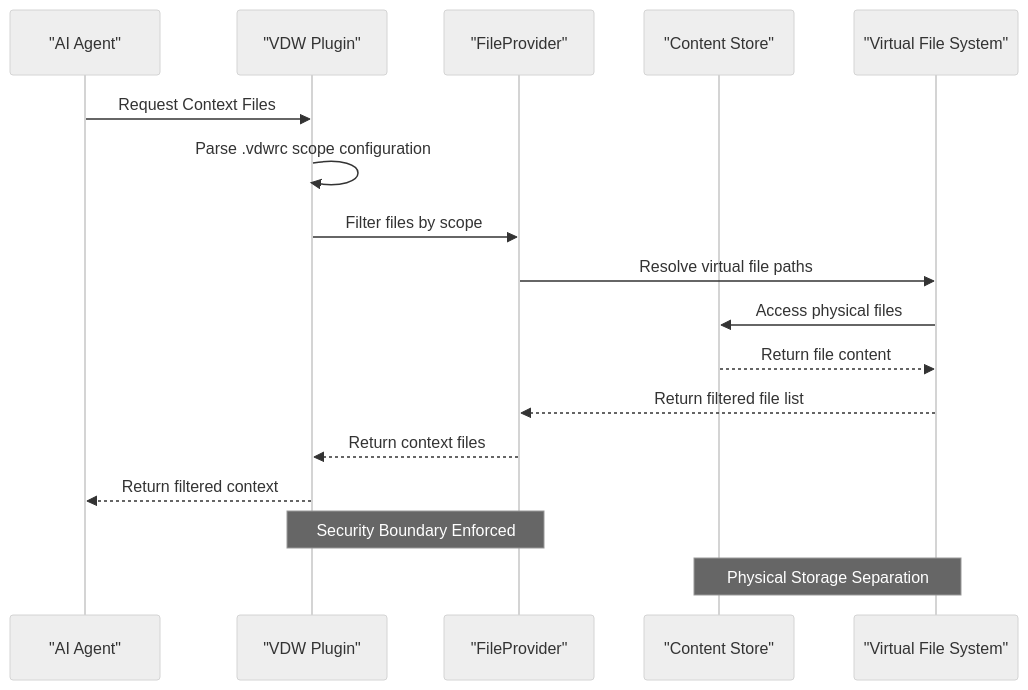
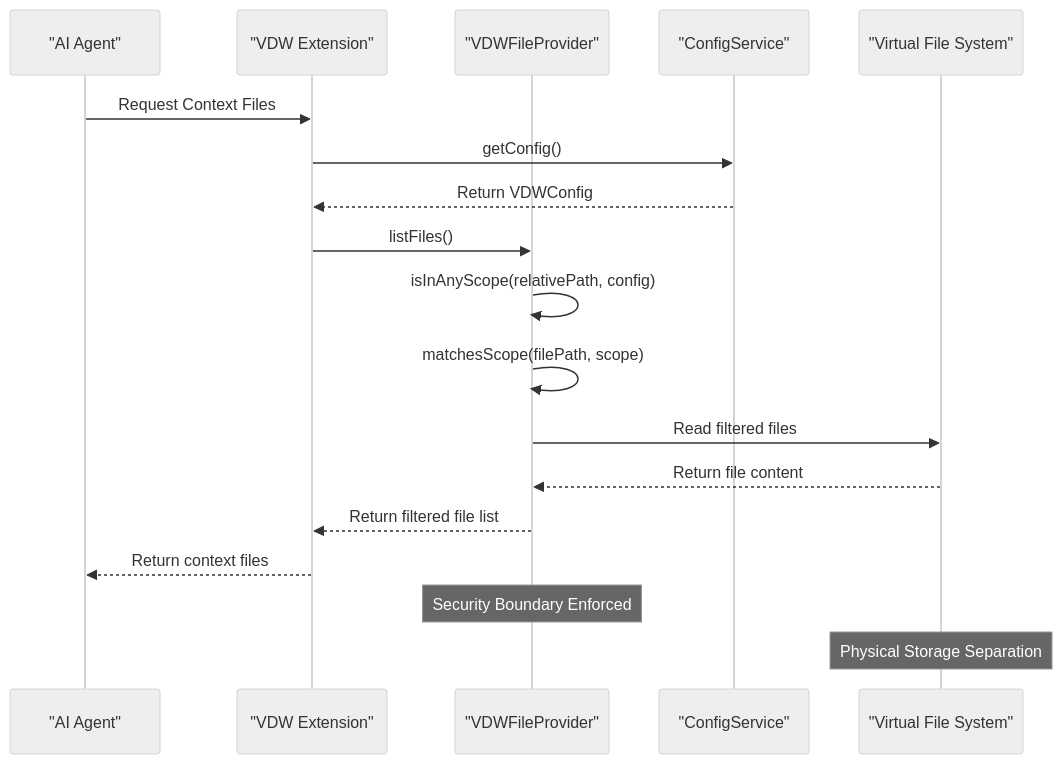
One commit to HWH-2019/vdw changed the fifth of 6 diagrams in .qoder/repowiki/en/content/Core Features Documentation/VS Code Plugin Bridge & IDE Integration.md. Above: the diagram before and after it, drawn with Mermaid (neutral theme). The commit also changed other lines of this file and 23 other files, not shown here.

````diff
--- a/.qoder/repowiki/en/content/Core Features Documentation/VS Code Plugin Bridge & IDE Integration.md
+++ b/.qoder/repowiki/en/content/Core Features Documentation/VS Code Plugin Bridge & IDE Integration.md
@@ -289,19 +334,20 @@
 ```mermaid
 sequenceDiagram
 participant AI as "AI Agent"
-participant Plugin as "VDW Plugin"
-participant Provider as "FileProvider"
-participant Store as "Content Store"
-participant FS as "Virtual File System"
-AI->>Plugin : Request Context Files
-Plugin->>Plugin : Parse .vdwrc scope configuration
-Plugin->>Provider : Filter files by scope
-Provider->>FS : Resolve virtual file paths
-FS->>Store : Access physical files
-Store-->>FS : Return file content
-FS-->>Provider : Return filtered file list
-Provider-->>Plugin : Return context files
-Plugin-->>AI : Return filtered context
-Note over Plugin,Provider : Security Boundary Enforced
-Note over Store,FS : Physical Storage Separation
+participant Extension as "VDW Extension"
+participant FileProvider as "VDWFileProvider"
+participant ConfigService as "ConfigService"
+participant FileSystem as "Virtual File System"
+AI->>Extension : Request Context Files
+Extension->>ConfigService : getConfig()
+ConfigService-->>Extension : Return VDWConfig
+Extension->>FileProvider : listFiles()
+FileProvider->>FileProvider : isInAnyScope(relativePath, config)
+FileProvider->>FileProvider : matchesScope(filePath, scope)
+FileProvider->>FileSystem : Read filtered files
+FileSystem-->>FileProvider : Return file content
+FileProvider-->>Extension : Return filtered file list
+Extension-->>AI : Return context files
+Note over FileProvider : Security Boundary Enforced
+Note over FileSystem : Physical Storage Separation
 ```
````
